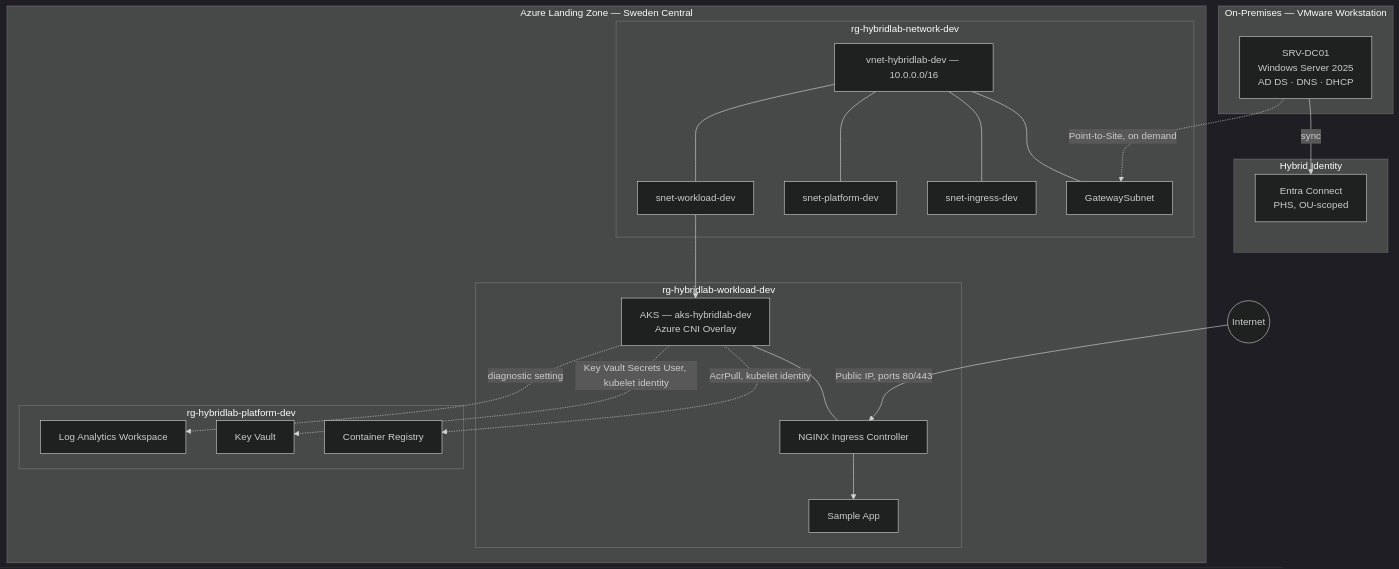
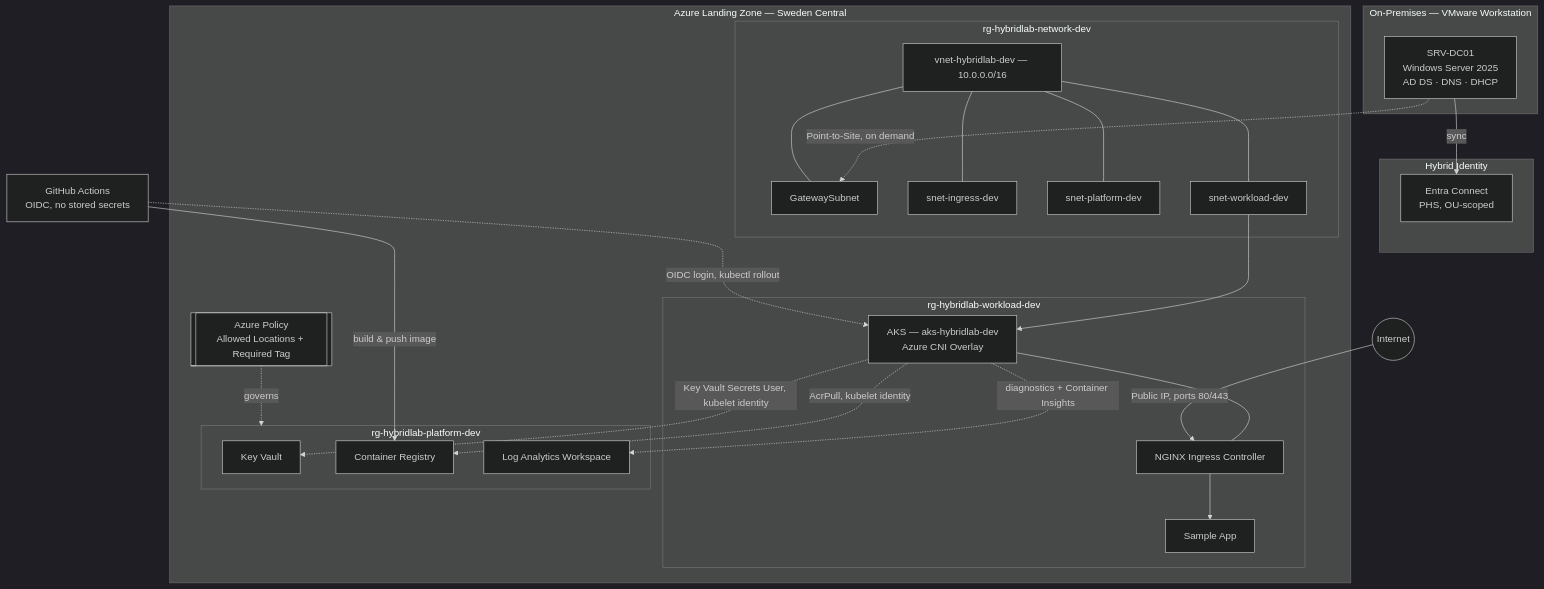
Before and after one commit to okayemre/hybrid-azure-infrastructure: the diagram in README.md, drawn with Mermaid (dark theme). The commit also changed other lines of this file and 2 other files, not shown here.

````diff
--- a/README.md
+++ b/README.md
@@ -69,42 +79,57 @@
 ```mermaid
 flowchart TB
     INET((Internet))
+    GH[GitHub Actions<br/>OIDC, no stored secrets]
+
     subgraph OnPrem["On-Premises — VMware Workstation"]
         DC[SRV-DC01<br/>Windows Server 2025<br/>AD DS · DNS · DHCP]
     end
+
     subgraph Identity["Hybrid Identity"]
         EC[Entra Connect<br/>PHS, OU-scoped]
     end
+
     subgraph LandingZone["Azure Landing Zone — Sweden Central"]
         subgraph NetRG["rg-hybridlab-network-dev"]
             VNET[vnet-hybridlab-dev — 10.0.0.0/16]
             GW[GatewaySubnet]
             ING[snet-ingress-dev]
             PLAT[snet-platform-dev]
             WORK[snet-workload-dev]
         end
+
         subgraph WorkRG["rg-hybridlab-workload-dev"]
             AKS[AKS — aks-hybridlab-dev<br/>Azure CNI Overlay]
             NGINX[NGINX Ingress Controller]
             APP[Sample App]
             AKS --- NGINX
             NGINX --> APP
         end
+
         subgraph PlatRG["rg-hybridlab-platform-dev"]
             KV[Key Vault]
             ACR[Container Registry]
             LOG[Log Analytics Workspace]
         end
+
+        POL[["Azure Policy<br/>Allowed Locations + Required Tag"]]
+        POL -.->|governs| PlatRG
     end
+
     DC -->|sync| EC
     DC -.->|Point-to-Site, on demand| GW
     VNET --- GW
     VNET --- ING
     VNET --- PLAT
     VNET --- WORK
     WORK --> AKS
+
     AKS -.->|AcrPull, kubelet identity| ACR
     AKS -.->|Key Vault Secrets User, kubelet identity| KV
-    AKS -.->|diagnostic setting| LOG
+    AKS -.->|diagnostics + Container Insights| LOG
+
+    GH -->|build & push image| ACR
+    GH -.->|OIDC login, kubectl rollout| AKS
+
     INET -->|Public IP, ports 80/443| NGINX
 ```
````
